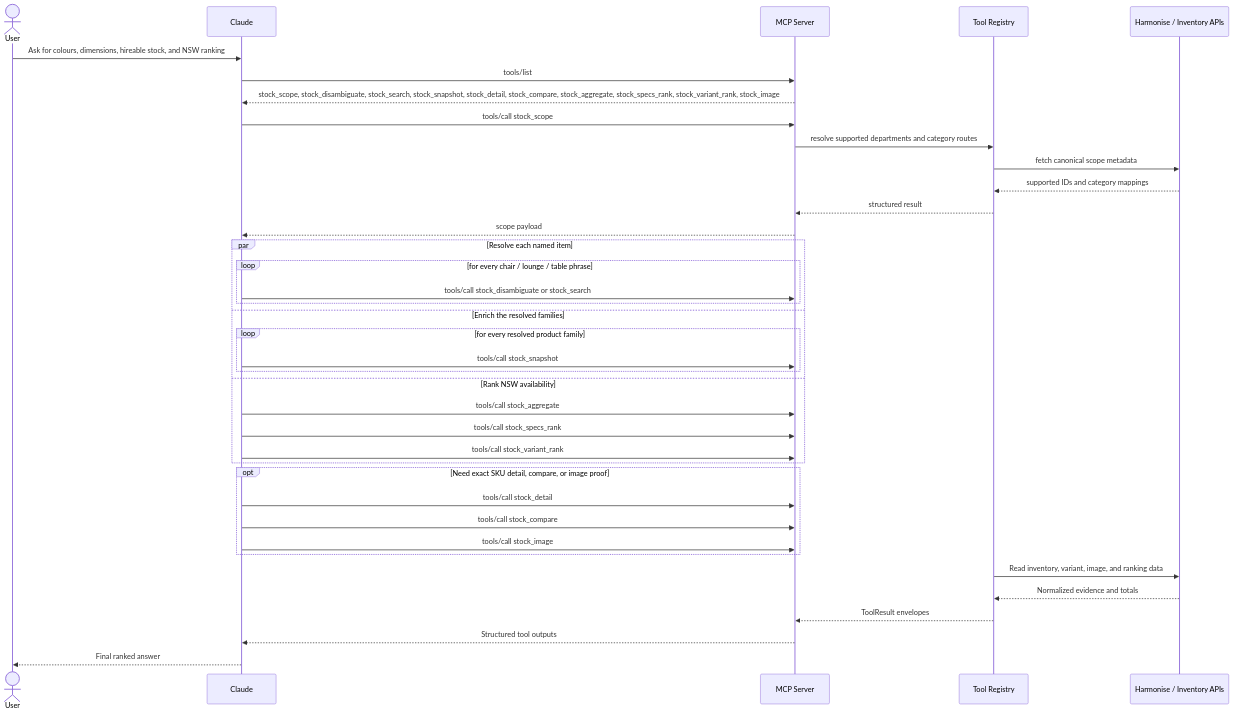
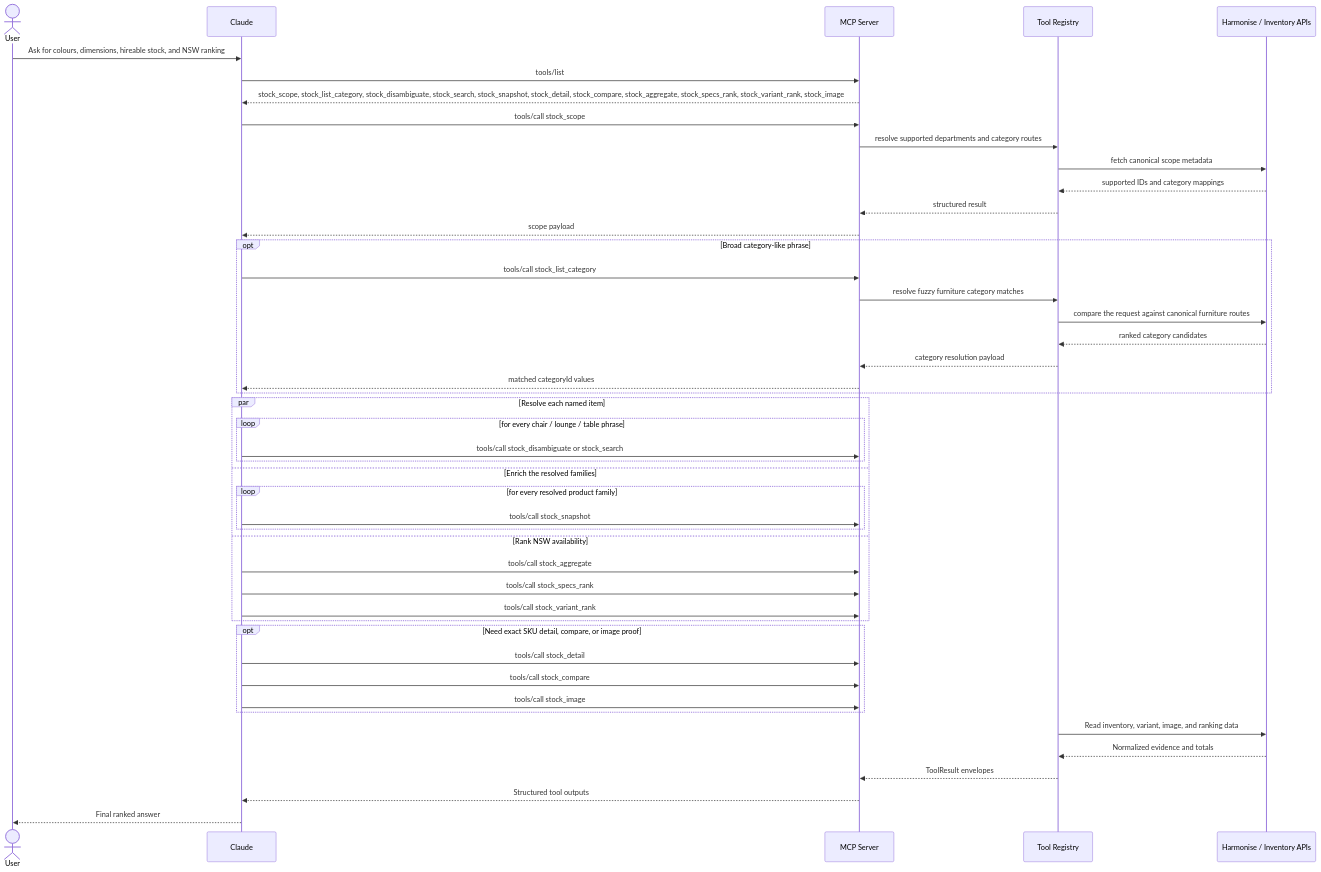
The diagram in docs/phase2/flow.md (Lelekhoa1812/Acnt-MCP), drawn with Mermaid before and after one commit. The commit also changed other lines of this file and 1 other file, not shown here.

````diff
--- a/docs/phase2/flow.md
+++ b/docs/phase2/flow.md
@@ -37,45 +37,54 @@
 ```mermaid
 sequenceDiagram
     actor U as User
     participant C as Claude
     participant M as MCP Server
     participant R as Tool Registry
     participant H as Harmonise / Inventory APIs
 
     U->>C: Ask for colours, dimensions, hireable stock, and NSW ranking
     C->>M: tools/list
-    M-->>C: stock_scope, stock_disambiguate, stock_search, stock_snapshot, stock_detail, stock_compare, stock_aggregate, stock_specs_rank, stock_variant_rank, stock_image
+    M-->>C: stock_scope, stock_list_category, stock_disambiguate, stock_search, stock_snapshot, stock_detail, stock_compare, stock_aggregate, stock_specs_rank, stock_variant_rank, stock_image
 
     C->>M: tools/call stock_scope
     M->>R: resolve supported departments and category routes
     R->>H: fetch canonical scope metadata
     H-->>R: supported IDs and category mappings
     R-->>M: structured result
     M-->>C: scope payload
+
+    opt Broad category-like phrase
+        C->>M: tools/call stock_list_category
+        M->>R: resolve fuzzy furniture category matches
+        R->>H: compare the request against canonical furniture routes
+        H-->>R: ranked category candidates
+        R-->>M: category resolution payload
+        M-->>C: matched categoryId values
+    end
 
     par Resolve each named item
         loop for every chair / lounge / table phrase
             C->>M: tools/call stock_disambiguate or stock_search
         end
     and Enrich the resolved families
         loop for every resolved product family
             C->>M: tools/call stock_snapshot
         end
     and Rank NSW availability
         C->>M: tools/call stock_aggregate
         C->>M: tools/call stock_specs_rank
         C->>M: tools/call stock_variant_rank
     end
 
     opt Need exact SKU detail, compare, or image proof
         C->>M: tools/call stock_detail
         C->>M: tools/call stock_compare
         C->>M: tools/call stock_image
     end
 
     R->>H: Read inventory, variant, image, and ranking data
     H-->>R: Normalized evidence and totals
     R-->>M: ToolResult envelopes
     M-->>C: Structured tool outputs
     C-->>U: Final ranked answer
 ```
````
